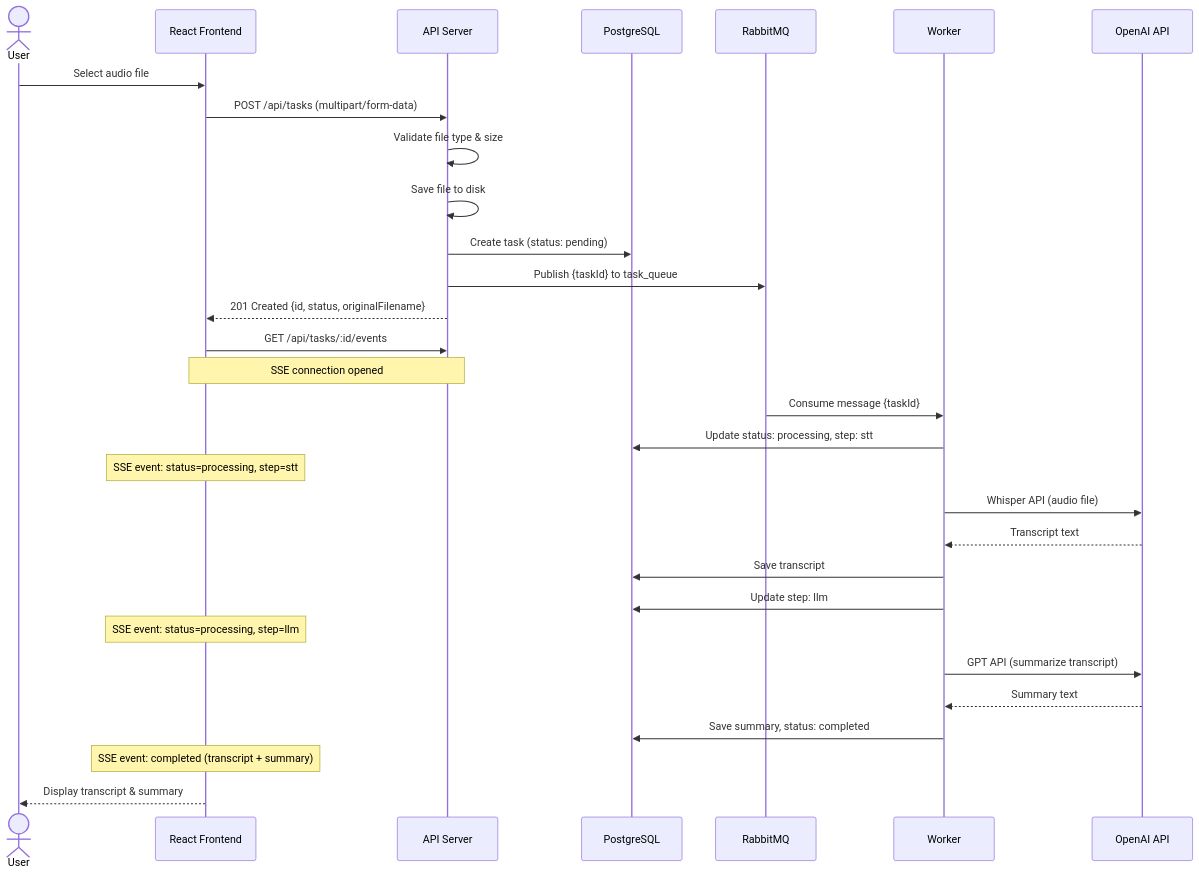
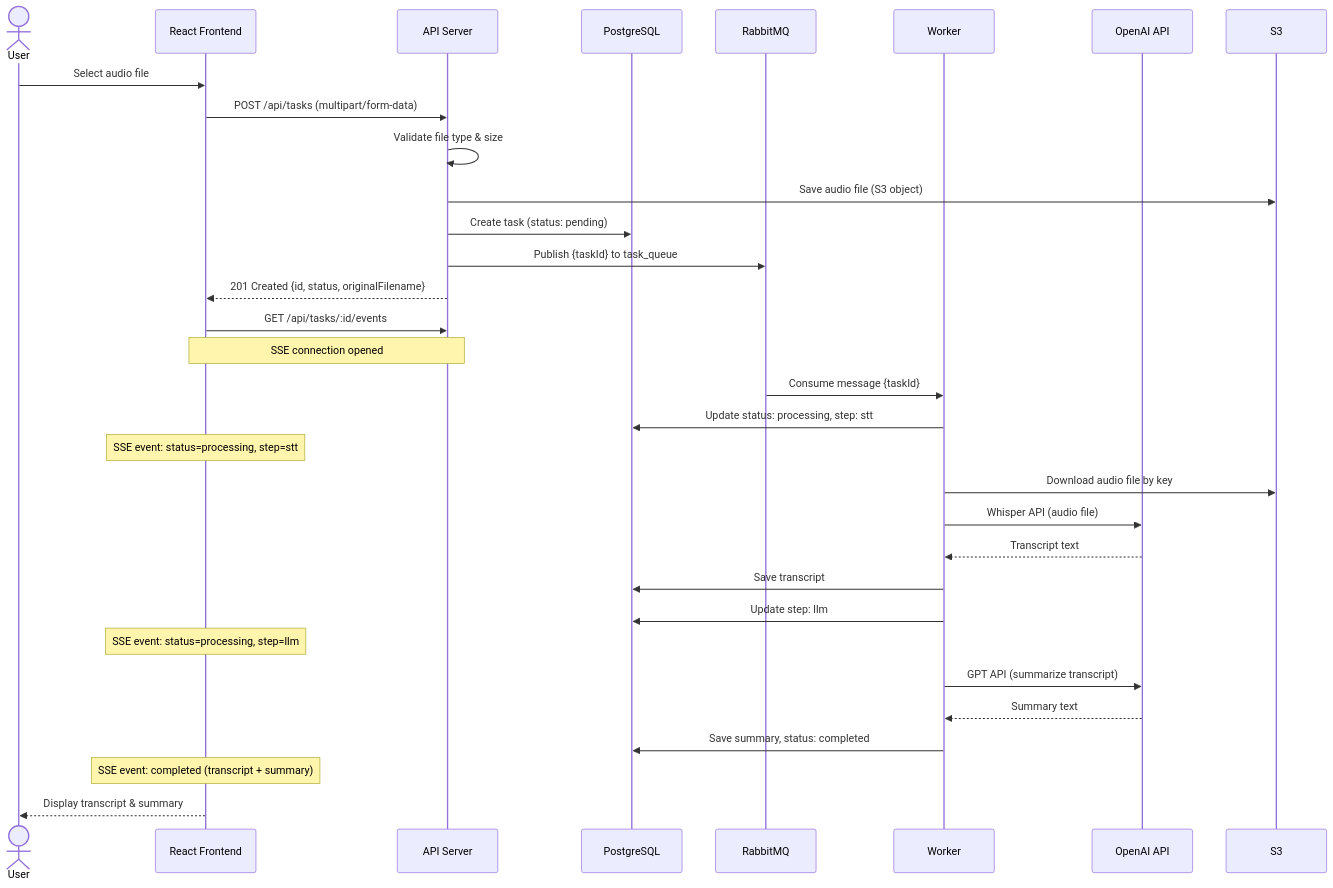
One commit to m24927605/stt-summary-server changed the second of 3 diagrams in docs/architecture.md. Above: the diagram before and after it, drawn with Mermaid. The commit also changed other lines of this file and 5 other files, not shown here.

````diff
--- a/docs/architecture.md
+++ b/docs/architecture.md
@@ -43,37 +47,38 @@
 ```mermaid
 sequenceDiagram
     actor User
     participant FE as React Frontend
     participant API as API Server
     participant DB as PostgreSQL
     participant MQ as RabbitMQ
     participant W as Worker
     participant OAI as OpenAI API
 
     User->>FE: Select audio file
     FE->>API: POST /api/tasks (multipart/form-data)
     API->>API: Validate file type & size
-    API->>API: Save file to disk
+    API->>S3: Save audio file (S3 object)
     API->>DB: Create task (status: pending)
     API->>MQ: Publish {taskId} to task_queue
     API-->>FE: 201 Created {id, status, originalFilename}
 
     FE->>API: GET /api/tasks/:id/events
     Note over FE,API: SSE connection opened
 
     MQ->>W: Consume message {taskId}
     W->>DB: Update status: processing, step: stt
     Note over FE: SSE event: status=processing, step=stt
+    W->>S3: Download audio file by key
     W->>OAI: Whisper API (audio file)
     OAI-->>W: Transcript text
     W->>DB: Save transcript
 
     W->>DB: Update step: llm
     Note over FE: SSE event: status=processing, step=llm
     W->>OAI: GPT API (summarize transcript)
     OAI-->>W: Summary text
     W->>DB: Save summary, status: completed
 
     Note over FE: SSE event: completed (transcript + summary)
     FE-->>User: Display transcript & summary
 ```
````
